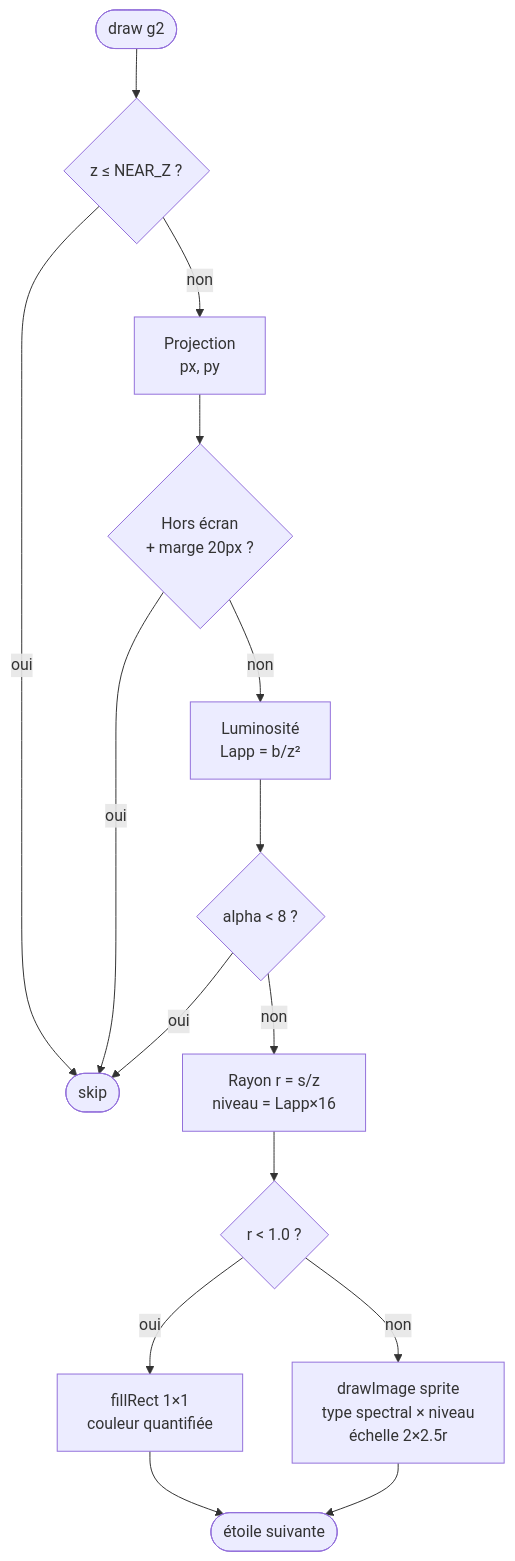
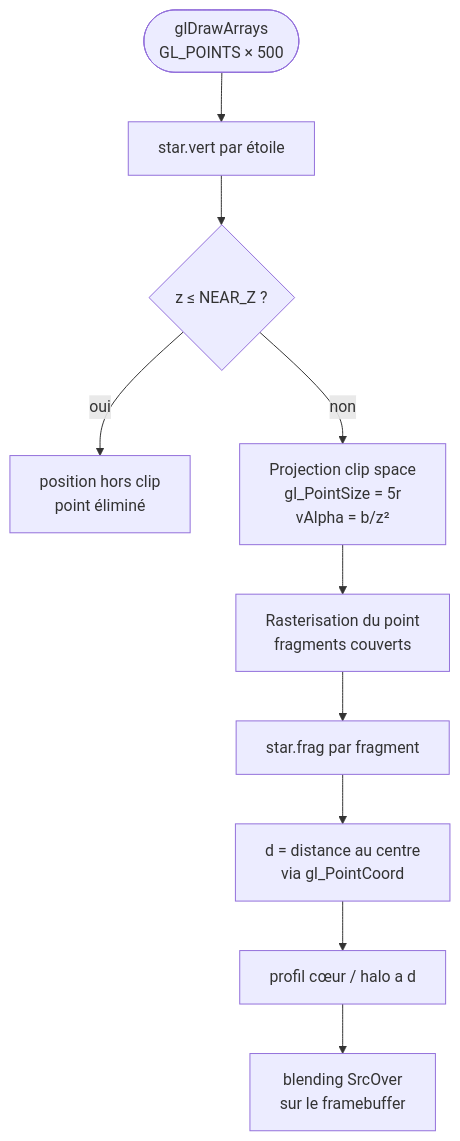
Before and after one commit to mcgivrer/demo001-arm64: the diagram in src/docs/06-perspective-projection.md, drawn with Mermaid. The commit also changed other lines of this file and 38 other files, not shown here.

````diff
--- a/src/docs/06-perspective-projection.md
+++ b/src/docs/06-perspective-projection.md
@@ -160,17 +174,12 @@
 ```mermaid
 flowchart TD
-    A([draw g2]) --> B{z ≤ NEAR_Z ?}
-    B -- oui --> Z([skip])
-    B -- non --> C[Projection\npx, py]
-    C --> D{Hors écran\n+ marge 20px ?}
-    D -- oui --> Z
-    D -- non --> E[Luminosité\nLapp = b/z²]
-    E --> F{alpha < 8 ?}
-    F -- oui --> Z
-    F -- non --> G[Rayon r = s/z\nniveau = Lapp×16]
-    G --> H{r < 1.0 ?}
-    H -- oui --> I[fillRect 1×1\ncouleur quantifiée]
-    H -- non --> J[drawImage sprite\ntype spectral × niveau\néchelle 2×2.5r]
-    I --> M([étoile suivante])
-    J --> M
+    A([glDrawArrays\nGL_POINTS × 500]) --> B[star.vert par étoile]
+    B --> C{z ≤ NEAR_Z ?}
+    C -- oui --> Z[position hors clip\npoint éliminé]
+    C -- non --> D[Projection clip space\ngl_PointSize = 5r\nvAlpha = b/z²]
+    D --> E[Rasterisation du point\nfragments couverts]
+    E --> F[star.frag par fragment]
+    F --> G[d = distance au centre\nvia gl_PointCoord]
+    G --> H[profil cœur / halo a d]
+    H --> I[blending SrcOver\nsur le framebuffer]
 ```
````
